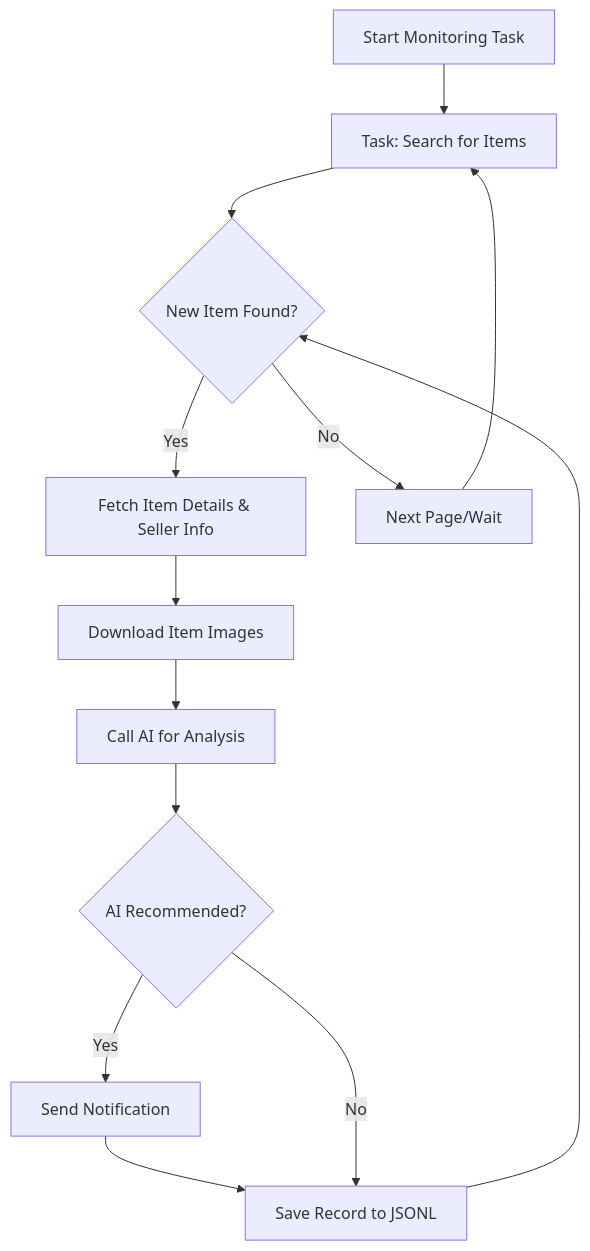
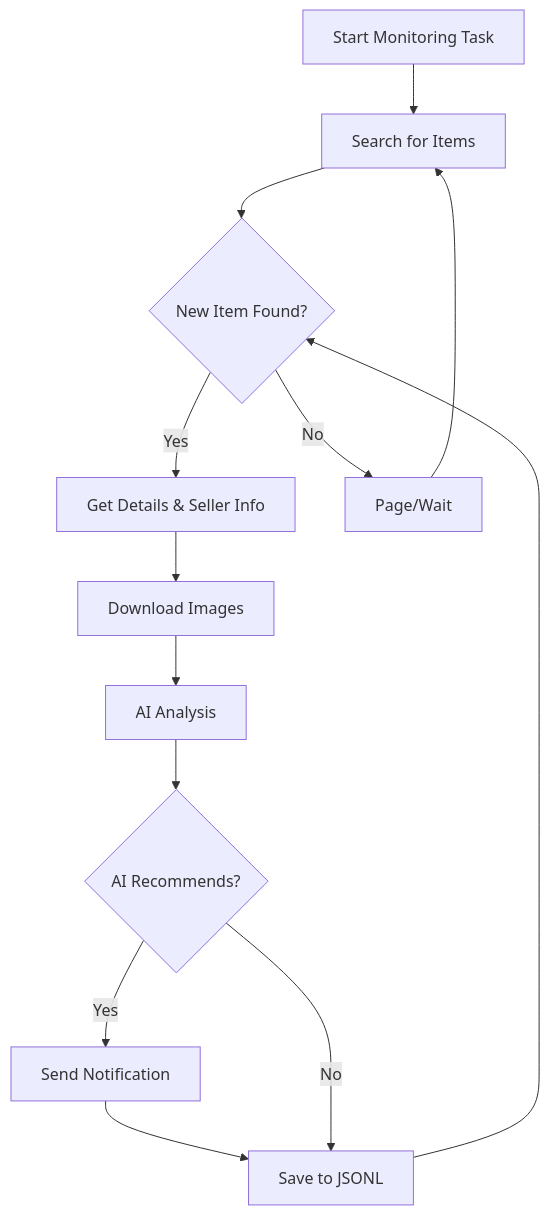
Before and after one commit to saurav-z/repo-docs: the diagram in docs/dingyufei615-ai-goofish-monitor.md, drawn with Mermaid. The commit also changed other lines of this file and 218 other files, not shown here.

````diff
--- a/docs/dingyufei615-ai-goofish-monitor.md
+++ b/docs/dingyufei615-ai-goofish-monitor.md
@@ -200,15 +128,15 @@
 ```mermaid
 graph TD
-    A[Start Monitoring Task] --> B[Task: Search for Items];
+    A[Start Monitoring Task] --> B[Search for Items];
     B --> C{New Item Found?};
-    C -- Yes --> D[Fetch Item Details & Seller Info];
-    D --> E[Download Item Images];
-    E --> F[Call AI for Analysis];
-    F --> G{AI Recommended?};
+    C -- Yes --> D[Get Details & Seller Info];
+    D --> E[Download Images];
+    E --> F[AI Analysis];
+    F --> G{AI Recommends?};
     G -- Yes --> H[Send Notification];
-    H --> I[Save Record to JSONL];
+    H --> I[Save to JSONL];
     G -- No --> I;
-    C -- No --> J[Next Page/Wait];
+    C -- No --> J[Page/Wait];
     J --> B;
     I --> C;
 ```
````
